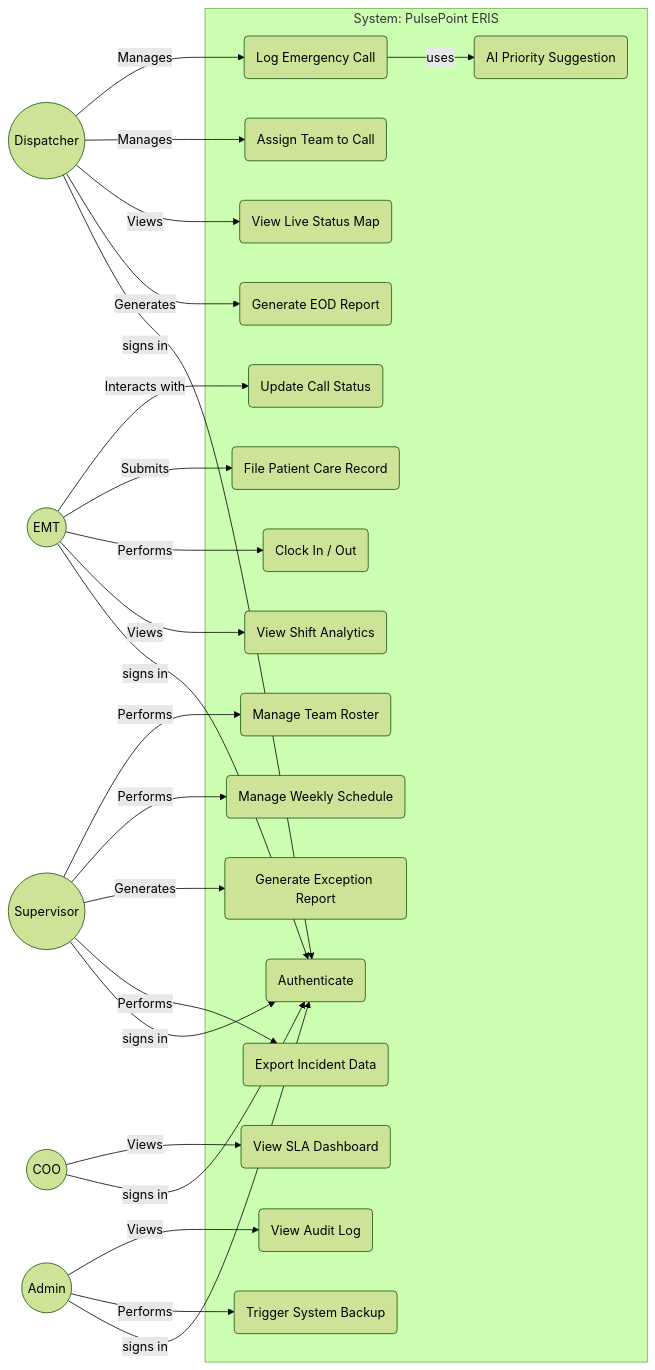
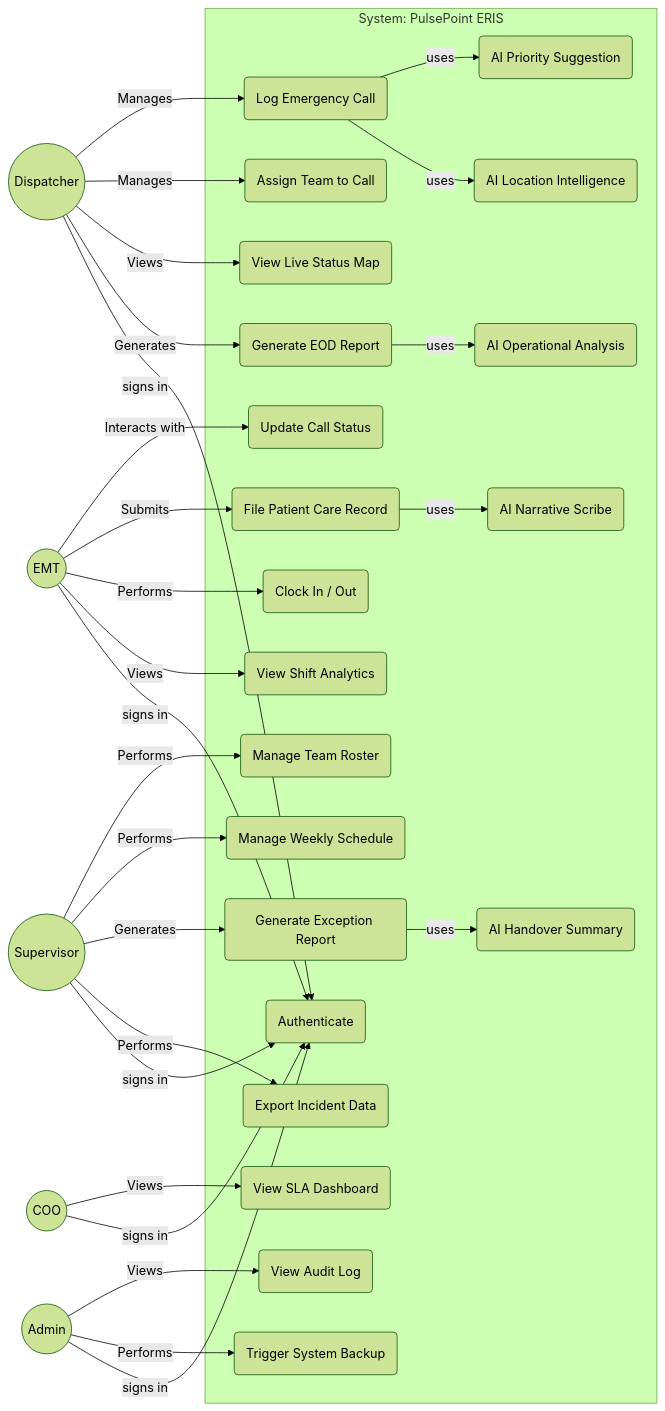
Before and after one commit to ritvikindupuri/PulseEris: the second of 3 diagrams in TECHNICAL_DOCUMENTATION.md, drawn with Mermaid (forest theme). The commit also changed other lines of this file and 8 other files, not shown here.

````diff
--- a/TECHNICAL_DOCUMENTATION.md
+++ b/TECHNICAL_DOCUMENTATION.md
@@ -92,55 +102,59 @@
 ```mermaid
 graph LR
     Dispatcher((Dispatcher))
     EMT((EMT))
     Supervisor((Supervisor))
     COO((COO))
     Admin((Admin))
 
     subgraph "System: PulsePoint ERIS"
         UC1(Log Emergency Call)
         UC2(Assign Team to Call)
         UC3(View Live Status Map)
         UC4(Generate EOD Report)
         UC5(Update Call Status)
         UC6(File Patient Care Record)
         UC7(Clock In / Out)
         UC8(Manage Team Roster)
         UC9(Manage Weekly Schedule)
         UC10(Generate Exception Report)
         UC11(View SLA Dashboard)
         UC12(View Audit Log)
         UC13(Trigger System Backup)
         UC14(Authenticate)
         UC15(View Shift Analytics)
         UC16(Export Incident Data)
 
-        UC1 -- "uses" --> Gemini(AI Priority Suggestion)
+        UC1 -- "uses" --> AI_Priority(AI Priority Suggestion)
+        UC1 -- "uses" --> AI_Maps(AI Location Intelligence)
+        UC4 -- "uses" --> AI_Analysis(AI Operational Analysis)
+        UC6 -- "uses" --> AI_Scribe(AI Narrative Scribe)
+        UC10 -- "uses" --> AI_Handover(AI Handover Summary)
     end
     
     Dispatcher -- "Manages" --> UC1;
     Dispatcher -- "Manages" --> UC2;
     Dispatcher -- "Views" --> UC3;
     Dispatcher -- "Generates" --> UC4;
     
     EMT -- "Interacts with" --> UC5;
     EMT -- "Submits" --> UC6;
     EMT -- "Performs" --> UC7;
     EMT -- "Views" --> UC15;
 
     Supervisor -- "Performs" --> UC8;
     Supervisor -- "Performs" --> UC9;
     Supervisor -- "Generates" --> UC10;
     Supervisor -- "Performs" --> UC16;
     
     COO -- "Views" --> UC11;
     
     Admin -- "Views" --> UC12;
     Admin -- "Performs" --> UC13;
     
     Dispatcher -- "signs in" --> UC14;
     EMT -- "signs in" --> UC14;
     Supervisor -- "signs in" --> UC14;
     COO -- "signs in" --> UC14;
     Admin -- "signs in" --> UC14;
 ```
````
